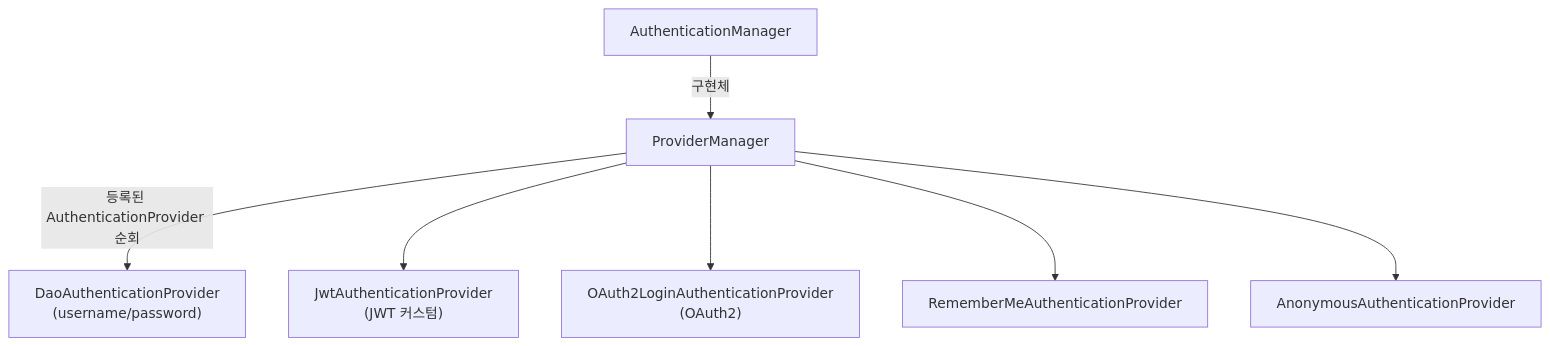
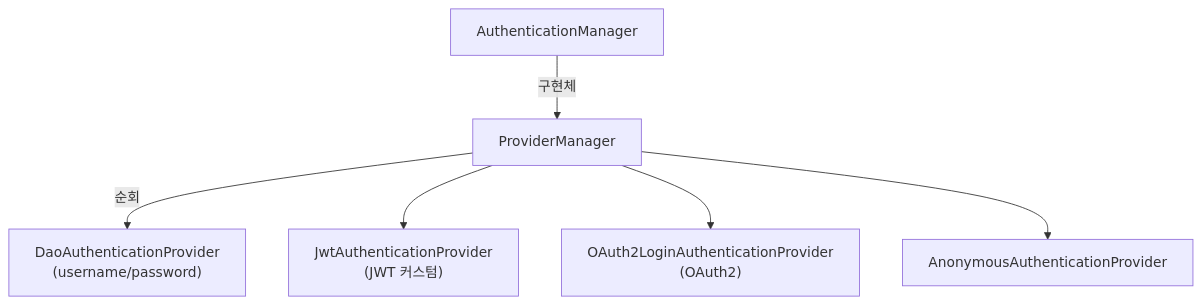
One commit to yjkim2015/yjkim2015.github.io changed the third of 5 diagrams in _posts/spring/2026-05-01-spring-security-architecture.md. Above: the diagram before and after it, drawn with Mermaid. The commit also changed other lines of this file and 34 other files, not shown here.

First line of the commit message:
Full quality pass: 41 files — ASCII removed, 동작원리 보강, diagrams

```diff
--- a/_posts/spring/2026-05-01-spring-security-architecture.md
+++ b/_posts/spring/2026-05-01-spring-security-architecture.md
@@ -190,9 +128,8 @@
 <div class="mermaid">
 graph TD
-    AM[AuthenticationManager] -->|구현체| PM[ProviderManager]
-    PM -->|등록된 AuthenticationProvider 순회| AP1["DaoAuthenticationProvider<br>(username/password)"]
+    AM["AuthenticationManager"] -->|"구현체"| PM["ProviderManager"]
+    PM -->|"순회"| AP1["DaoAuthenticationProvider<br>(username/password)"]
     PM --> AP2["JwtAuthenticationProvider<br>(JWT 커스텀)"]
     PM --> AP3["OAuth2LoginAuthenticationProvider<br>(OAuth2)"]
-    PM --> AP4[RememberMeAuthenticationProvider]
-    PM --> AP5[AnonymousAuthenticationProvider]
+    PM --> AP4["AnonymousAuthenticationProvider"]
 </div>
```
